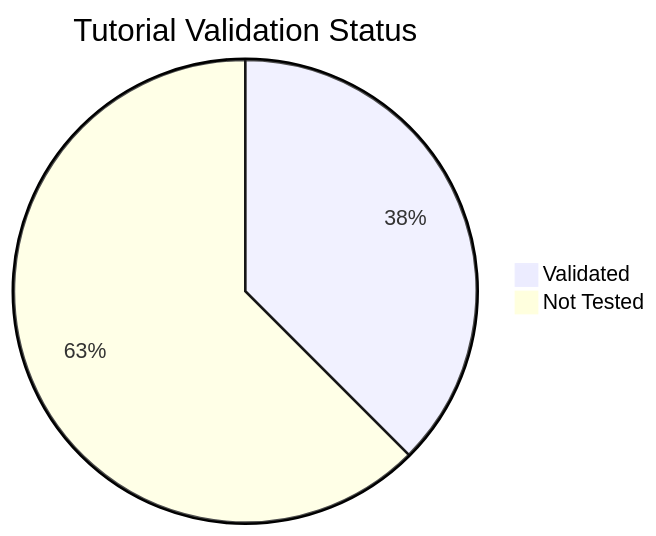
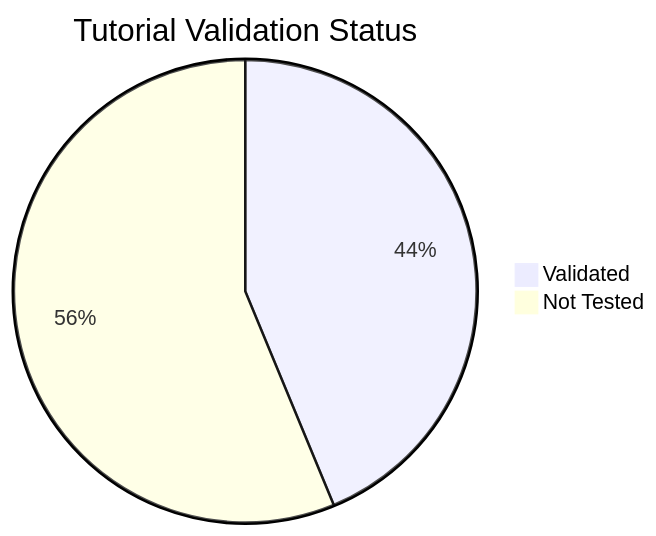
Before and after one commit to yeongseon/azure-functions-practical-guide: the diagram in docs/reference/validation-status.md, drawn with Mermaid. The commit also changed other lines of this file and 7 other files, not shown here.

````diff
--- a/docs/reference/validation-status.md
+++ b/docs/reference/validation-status.md
@@ -17,5 +17,5 @@
 ```mermaid
 pie title Tutorial Validation Status
-    "Validated" : 42
-    "Not Tested" : 70
+    "Validated" : 49
+    "Not Tested" : 63
 ```
````
